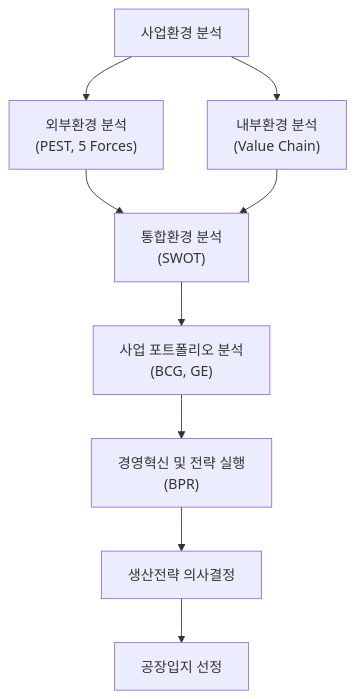
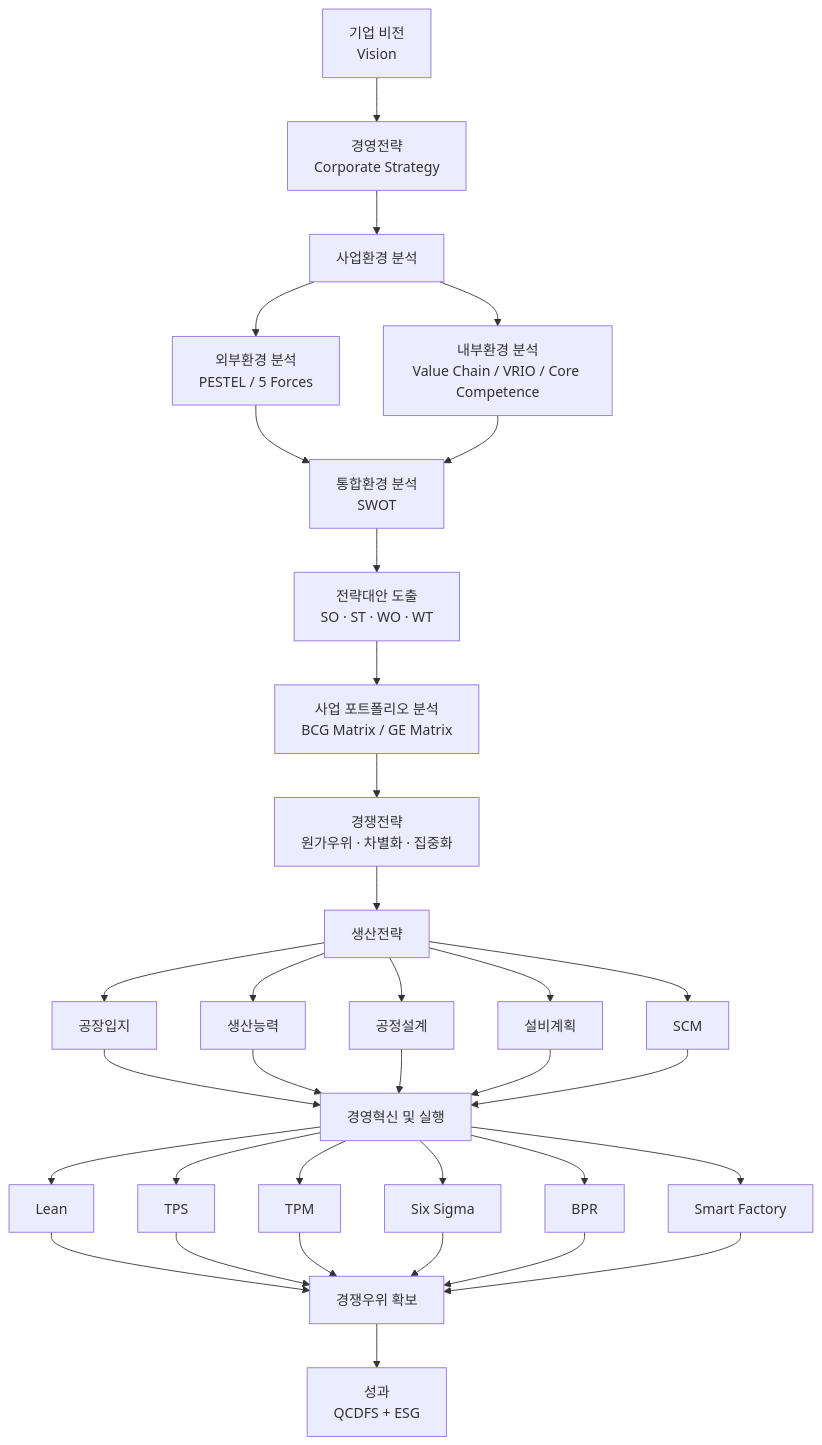
One commit to yeonkyupark/pepc3e changed the first of 2 diagrams in docs/0105_business_environment_analysis.md. Above: the diagram before and after it, drawn with Mermaid. The commit also changed other lines of this file, not shown here.

````diff
--- a/docs/0105_business_environment_analysis.md
+++ b/docs/0105_business_environment_analysis.md
@@ -5,11 +5,52 @@
-```mermaid 
+```mermaid
 flowchart TD
-    A[사업환경 분석] --> B["외부환경 분석<br>(PEST, 5 Forces)"]
-    A --> C["내부환경 분석<br>(Value Chain)"]
-    B --> D["통합환경 분석<br>(SWOT)"]
-    C --> D
-    D --> E["사업 포트폴리오 분석<br>(BCG, GE)"]
-    E --> F["경영혁신 및 전략 실행<br>(BPR)"]
-    F --> G["생산전략 의사결정"]
-    G --> H["공장입지 선정"]
+
+    A["기업 비전<br/>Vision"]
+    B["경영전략<br/>Corporate Strategy"]
+    C["사업환경 분석"]
+
+    A --> B
+    B --> C
+
+    C --> D["외부환경 분석<br/>PESTEL / 5 Forces"]
+    C --> E["내부환경 분석<br/>Value Chain / VRIO / Core Competence"]
+
+    D --> F["통합환경 분석<br/>SWOT"]
+    E --> F
+
+    F --> G["전략대안 도출<br/>SO · ST · WO · WT"]
+
+    G --> H["사업 포트폴리오 분석<br/>BCG Matrix / GE Matrix"]
+
+    H --> I["경쟁전략<br/>원가우위 · 차별화 · 집중화"]
+
+    I --> J["생산전략"]
+
+    J --> K["공장입지"]
+    J --> L["생산능력"]
+    J --> M["공정설계"]
+    J --> N["설비계획"]
+    J --> O["SCM"]
+
+    K --> P["경영혁신 및 실행"]
+    L --> P
+    M --> P
+    N --> P
+    O --> P
+
+    P --> Q["Lean"]
+    P --> R["TPS"]
+    P --> S["TPM"]
+    P --> T["Six Sigma"]
+    P --> U["BPR"]
+    P --> V["Smart Factory"]
+
+    Q --> W["경쟁우위 확보"]
+    R --> W
+    S --> W
+    T --> W
+    U --> W
+    V --> W
+
+    W --> X["성과<br/>QCDFS + ESG"]
 ```
````
